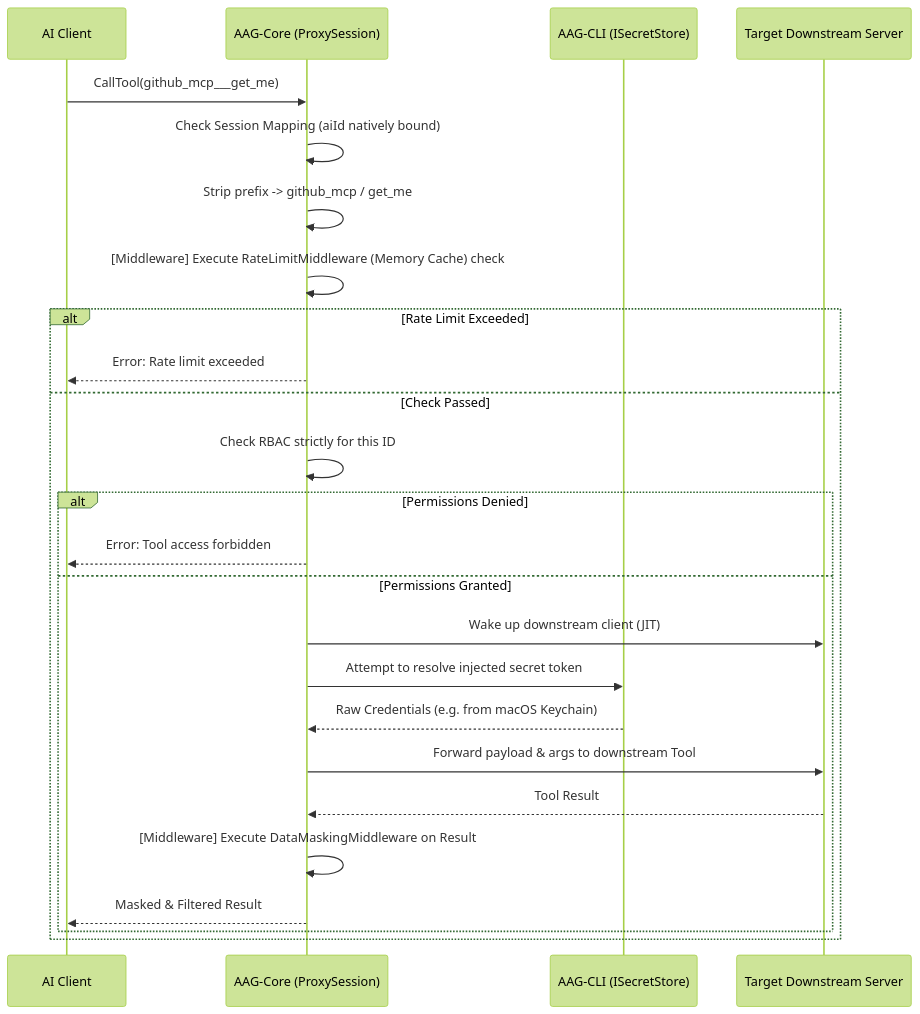
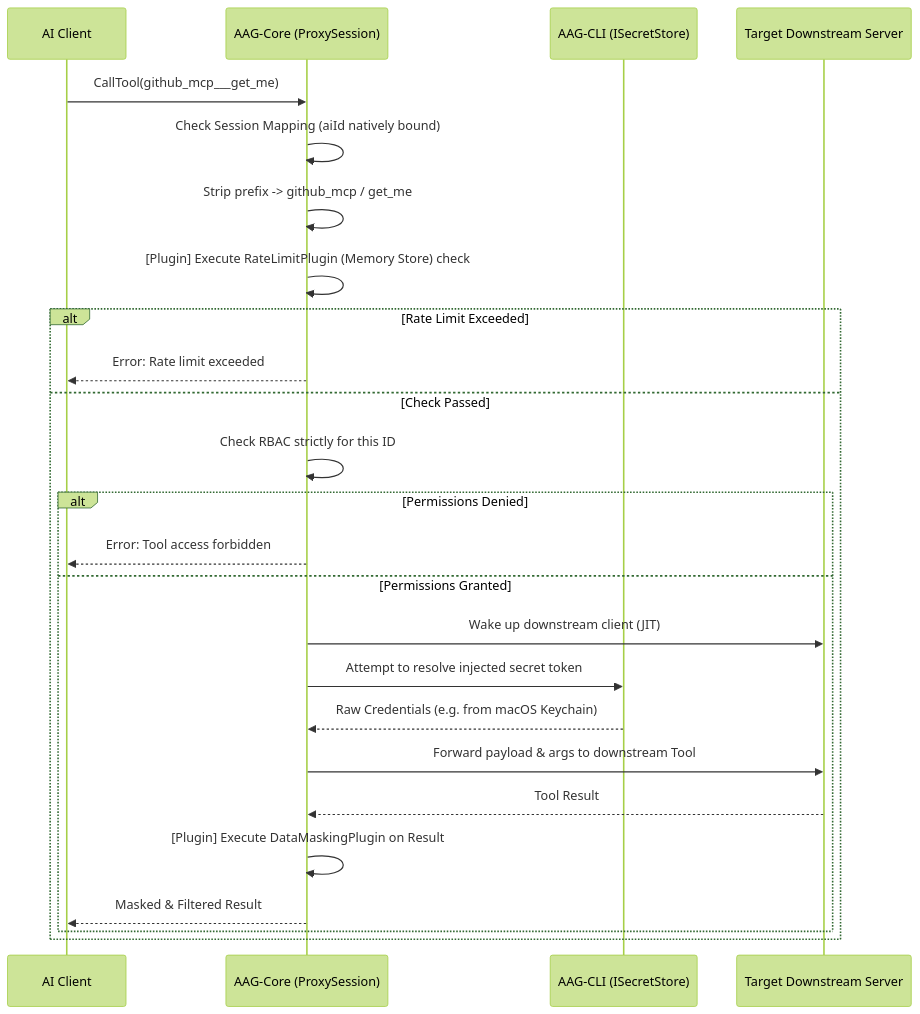
Before and after one commit to Cyber-Sec-Space/ai-auth-gateway: the third of 3 diagrams in ARCHITECTURE.md, drawn with Mermaid (forest theme). The commit also changed other lines of this file and 3 other files, not shown here.

Commit message:
docs: adapt architecture diagrams and examples to v2.1.0 plugin ecosystem

````diff
--- a/ARCHITECTURE.md
+++ b/ARCHITECTURE.md
@@ -120,28 +120,28 @@
 ```mermaid
 sequenceDiagram
     participant AI as AI Client
     participant Core as AAG-Core (ProxySession)
     participant KV as AAG-CLI (ISecretStore)
     participant MCP as Target Downstream Server
 
     AI->>Core: CallTool(github_mcp___get_me)
     Core->>Core: Check Session Mapping (aiId natively bound)
     Core->>Core: Strip prefix -> github_mcp / get_me
-    Core->>Core: [Middleware] Execute RateLimitMiddleware (Memory Cache) check
+    Core->>Core: [Plugin] Execute RateLimitPlugin (Memory Store) check
     alt Rate Limit Exceeded
         Core-->>AI: Error: Rate limit exceeded
     else Check Passed
         Core->>Core: Check RBAC strictly for this ID
         alt Permissions Denied
             Core-->>AI: Error: Tool access forbidden
         else Permissions Granted
             Core->>MCP: Wake up downstream client (JIT)
             Core->>KV: Attempt to resolve injected secret token
             KV-->>Core: Raw Credentials (e.g. from macOS Keychain)
             Core->>MCP: Forward payload & args to downstream Tool
             MCP-->>Core: Tool Result
-            Core->>Core: [Middleware] Execute DataMaskingMiddleware on Result
+            Core->>Core: [Plugin] Execute DataMaskingPlugin on Result
             Core-->>AI: Masked & Filtered Result
         end
     end
 ```
````
